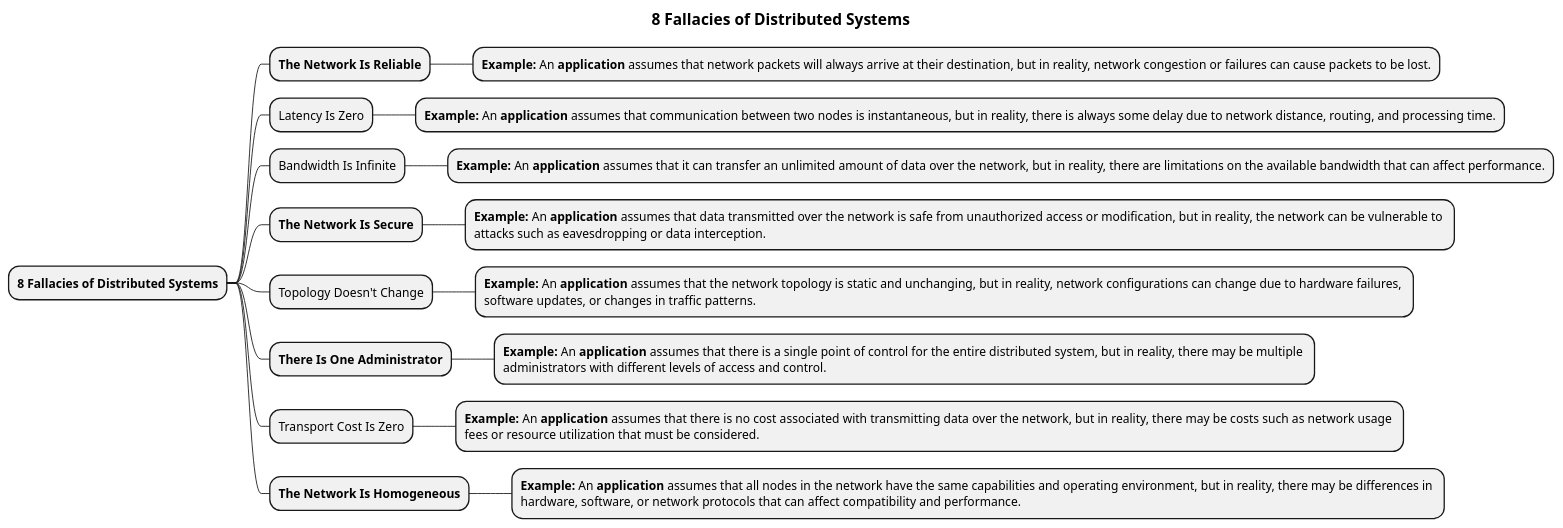
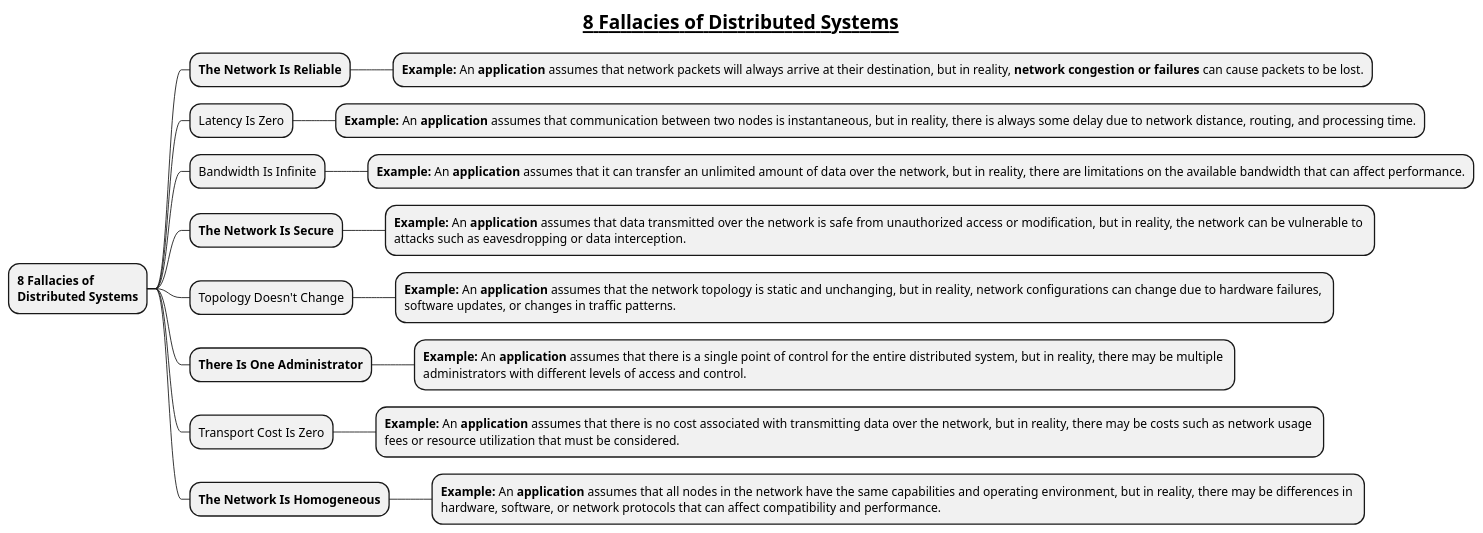
Before and after one commit to MehmoodHashmi/Documentation-as-Code-DaC: the diagram in docs/books/1-books-backlog/DBMS/8-Fallacies-of-Distributed-Systems.puml, drawn with PlantUML. The commit also changed 29 other files, not shown here.

Commit message:
working on Algorithms.puml mindmap

```diff
--- a/docs/books/1-books-backlog/DBMS/8-Fallacies-of-Distributed-Systems.puml
+++ b/docs/books/1-books-backlog/DBMS/8-Fallacies-of-Distributed-Systems.puml
@@ -1,21 +1,21 @@
 @startmindmap
-title = 8 Fallacies of Distributed Systems
+title = __8 Fallacies of Distributed Systems__
 
-* **8 Fallacies of Distributed Systems**
+* **8 Fallacies of** \n**Distributed Systems**
 ** **The Network Is Reliable**
-*** **Example:** An **application** assumes that network packets will always arrive at their destination, but in reality, network congestion or failures can cause packets to be lost.
+*** **Example:** An **application** assumes that network packets will always arrive at their destination, but in reality, **network congestion or failures** can cause packets to be lost.
 ** Latency Is Zero
 *** **Example:** An **application** assumes that communication between two nodes is instantaneous, but in reality, there is always some delay due to network distance, routing, and processing time.
 ** Bandwidth Is Infinite
 *** **Example:** An **application** assumes that it can transfer an unlimited amount of data over the network, but in reality, there are limitations on the available bandwidth that can affect performance.
 ** **The Network Is Secure**
 *** **Example:** An **application** assumes that data transmitted over the network is safe from unauthorized access or modification, but in reality, the network can be vulnerable to \nattacks such as eavesdropping or data interception.
 ** Topology Doesn't Change
 *** **Example:** An **application** assumes that the network topology is static and unchanging, but in reality, network configurations can change due to hardware failures, \nsoftware updates, or changes in traffic patterns.
 ** **There Is One Administrator**
 *** **Example:** An **application** assumes that there is a single point of control for the entire distributed system, but in reality, there may be multiple \nadministrators with different levels of access and control.
 ** Transport Cost Is Zero
 *** **Example:** An **application** assumes that there is no cost associated with transmitting data over the network, but in reality, there may be costs such as network usage \nfees or resource utilization that must be considered.
 ** **The Network Is Homogeneous**
 *** **Example:** An **application** assumes that all nodes in the network have the same capabilities and operating environment, but in reality, there may be differences in \nhardware, software, or network protocols that can affect compatibility and performance.
 @endmindmap
```
